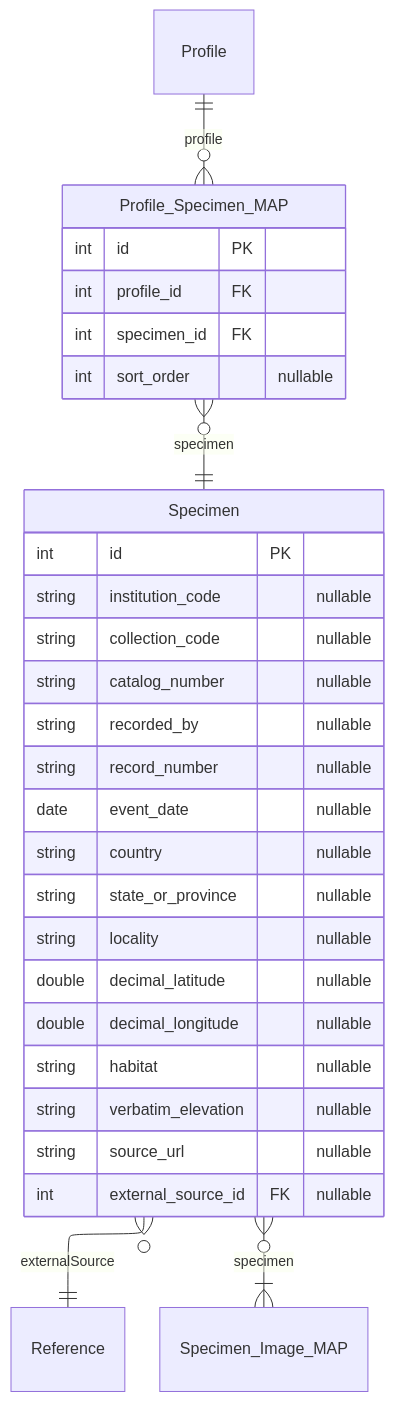
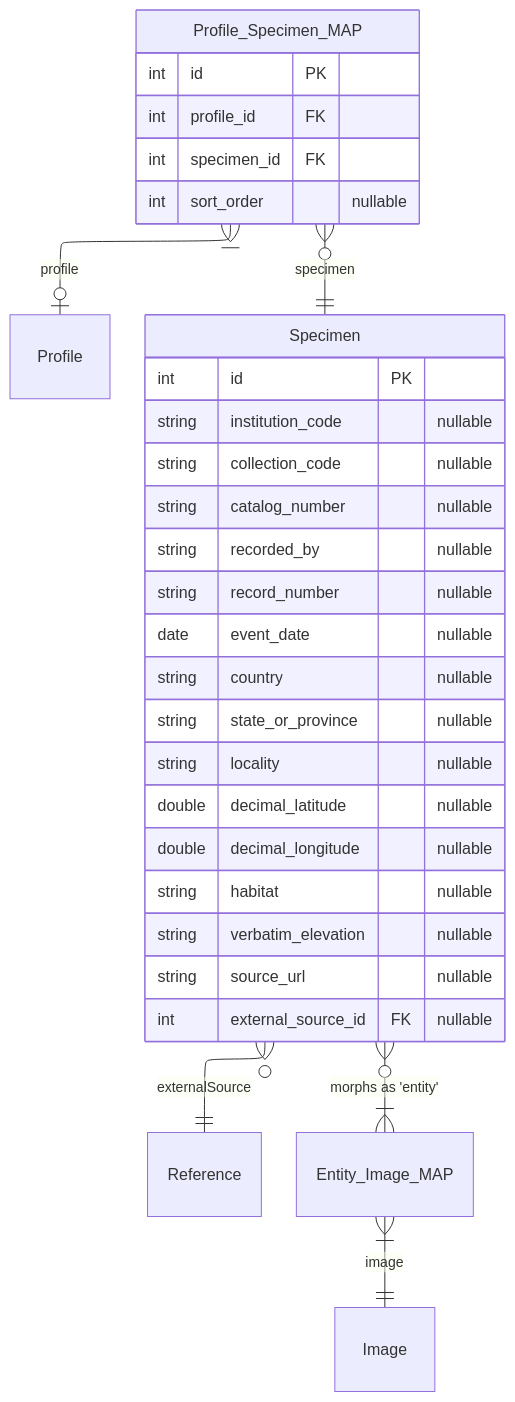
Before and after one commit to vicflora/vicflora-data-model-2026: diagram 13 of 18 in docs/layers.md, drawn with Mermaid. The commit also changed other lines of this file and 2 other files, not shown here.

````diff
--- a/docs/layers.md
+++ b/docs/layers.md
@@ -705,37 +788,38 @@
 ```mermaid
 ---
 config:
   layout: elk
 ---
 erDiagram
-    Profile ||--o{ Profile_Specimen_MAP : "profile"
+    Profile_Specimen_MAP }|--o| Profile : "profile"
     Profile_Specimen_MAP }o--|| Specimen : "specimen"
     Specimen }o--|| Reference : "externalSource"
-    Specimen }o--|{ Specimen_Image_MAP : "specimen"
+    Specimen }o--|{ Entity_Image_MAP : "morphs as 'entity'"
+    Entity_Image_MAP }|--|| Image : "image"
 
     Profile_Specimen_MAP {
         int id PK
         int profile_id FK 
         int specimen_id FK
         int sort_order "nullable"
     }
 
     Specimen {
         int id PK
         string institution_code "nullable"
         string collection_code "nullable"
         string catalog_number "nullable"
         string recorded_by "nullable"
         string record_number "nullable"
         date event_date "nullable"
         string country "nullable"
         string state_or_province "nullable"
         string locality "nullable"
         double decimal_latitude "nullable"
         double decimal_longitude "nullable"
         string habitat "nullable"
         string verbatim_elevation "nullable"
         string source_url "nullable"
         int external_source_id FK "nullable"
     }
 ```
````
